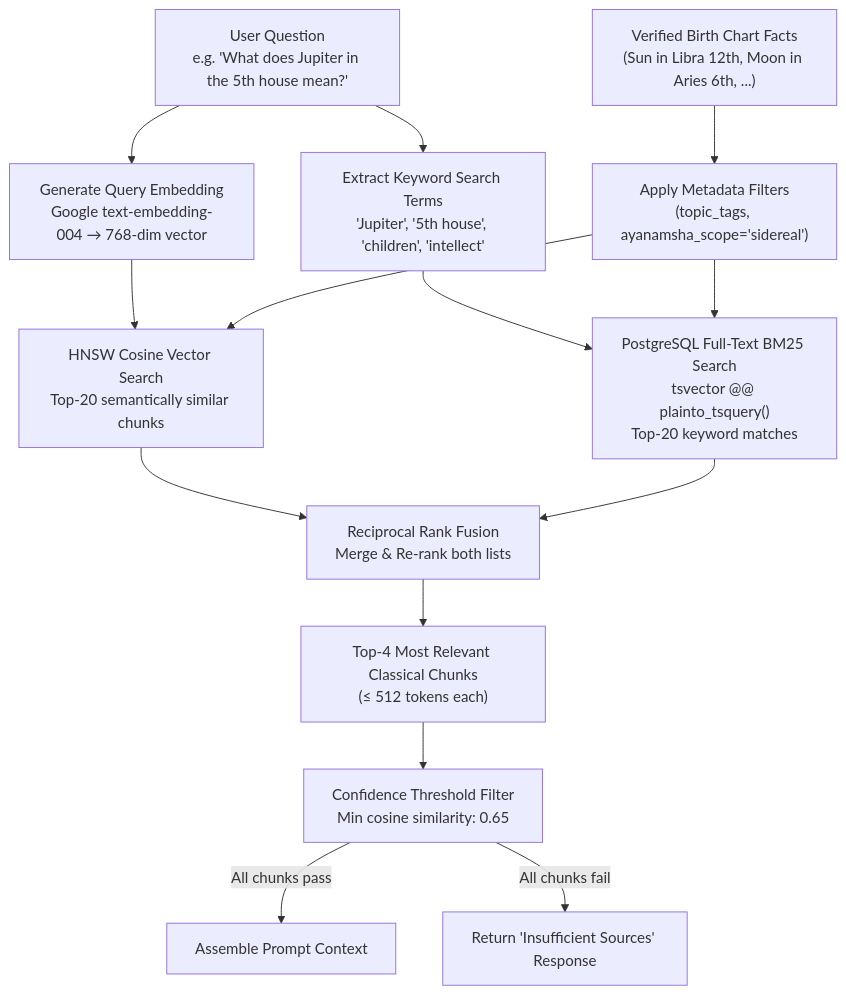
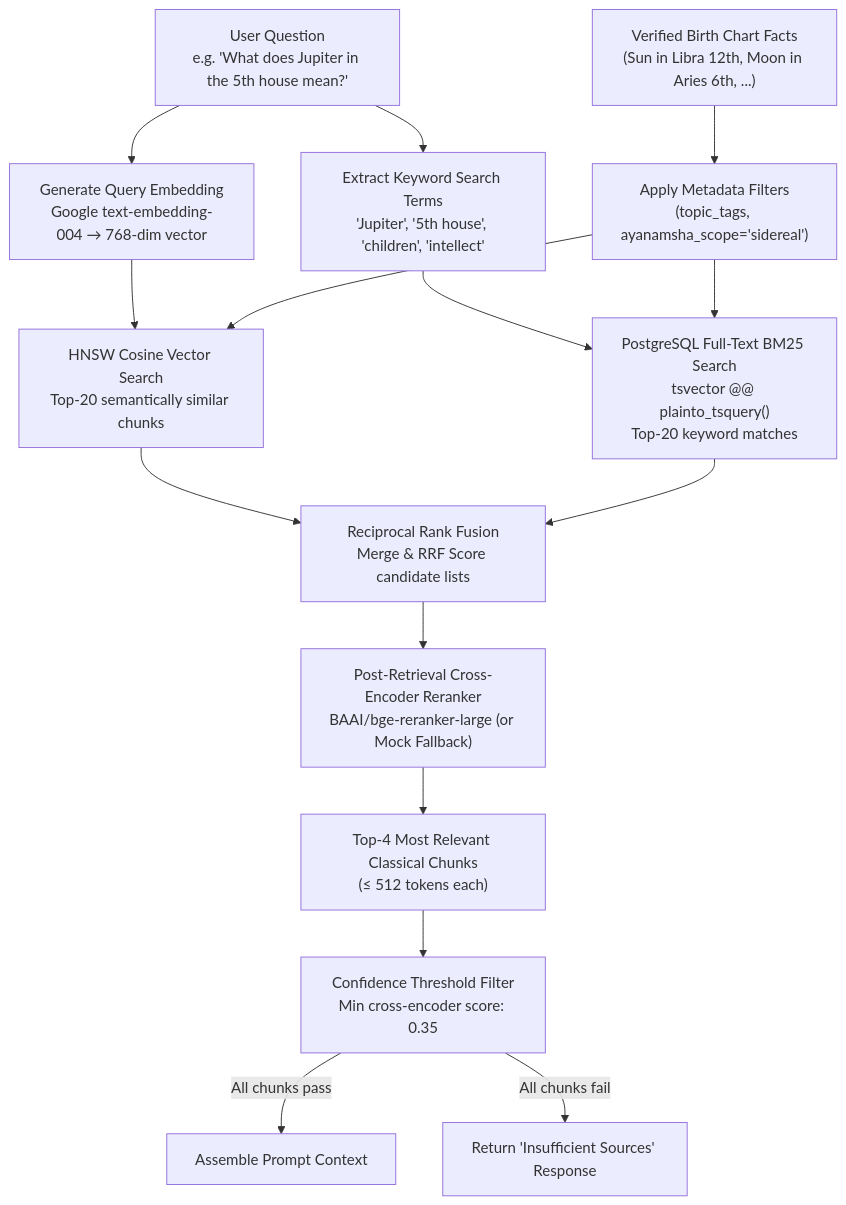
The diagram in docs/ai/RAG.md (Nevil-Nandasana/Grahvani), drawn with Mermaid before and after one commit. The commit also changed other lines of this file and 25 other files, not shown here.

````diff
--- a/docs/ai/RAG.md
+++ b/docs/ai/RAG.md
@@ -17,21 +17,22 @@
 ```mermaid
 flowchart TD
     UserQuestion["User Question\ne.g. 'What does Jupiter in the 5th house mean?'"]
     ChartContext["Verified Birth Chart Facts\n(Sun in Libra 12th, Moon in Aries 6th, ...)"]
 
     UserQuestion --> QueryEmbed["Generate Query Embedding\nGoogle text-embedding-004 → 768-dim vector"]
     UserQuestion --> KeywordExtract["Extract Keyword Search Terms\n'Jupiter', '5th house', 'children', 'intellect'"]
     ChartContext --> FilterMetadata["Apply Metadata Filters\n(topic_tags, ayanamsha_scope='sidereal')"]
 
     QueryEmbed --> VectorSearch["HNSW Cosine Vector Search\nTop-20 semantically similar chunks"]
     KeywordExtract --> FTSearch["PostgreSQL Full-Text BM25 Search\ntsvector @@ plainto_tsquery()\nTop-20 keyword matches"]
     FilterMetadata --> VectorSearch
     FilterMetadata --> FTSearch
 
-    VectorSearch --> RRF["Reciprocal Rank Fusion\nMerge & Re-rank both lists"]
+    VectorSearch --> RRF["Reciprocal Rank Fusion\nMerge & RRF Score candidate lists"]
     FTSearch --> RRF
-    RRF --> TopK["Top-4 Most Relevant Classical Chunks\n(≤ 512 tokens each)"]
-    TopK --> ThresholdFilter["Confidence Threshold Filter\nMin cosine similarity: 0.65"]
+    RRF --> Reranker["Post-Retrieval Cross-Encoder Reranker\nBAAI/bge-reranker-large (or Mock Fallback)"]
+    Reranker --> TopK["Top-4 Most Relevant Classical Chunks\n(≤ 512 tokens each)"]
+    TopK --> ThresholdFilter["Confidence Threshold Filter\nMin cross-encoder score: 0.35"]
     ThresholdFilter -->|All chunks pass| PromptAssembly["Assemble Prompt Context"]
     ThresholdFilter -->|All chunks fail| LowConfidence["Return 'Insufficient Sources' Response"]
 ```
````
